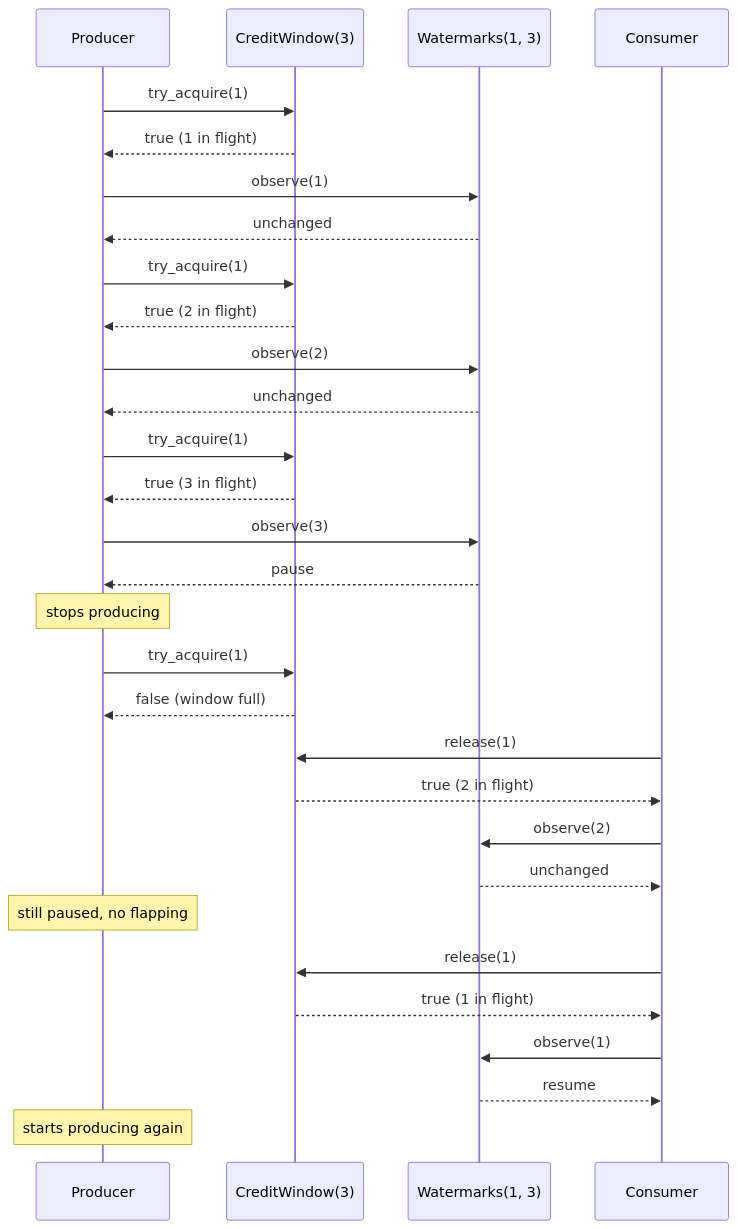
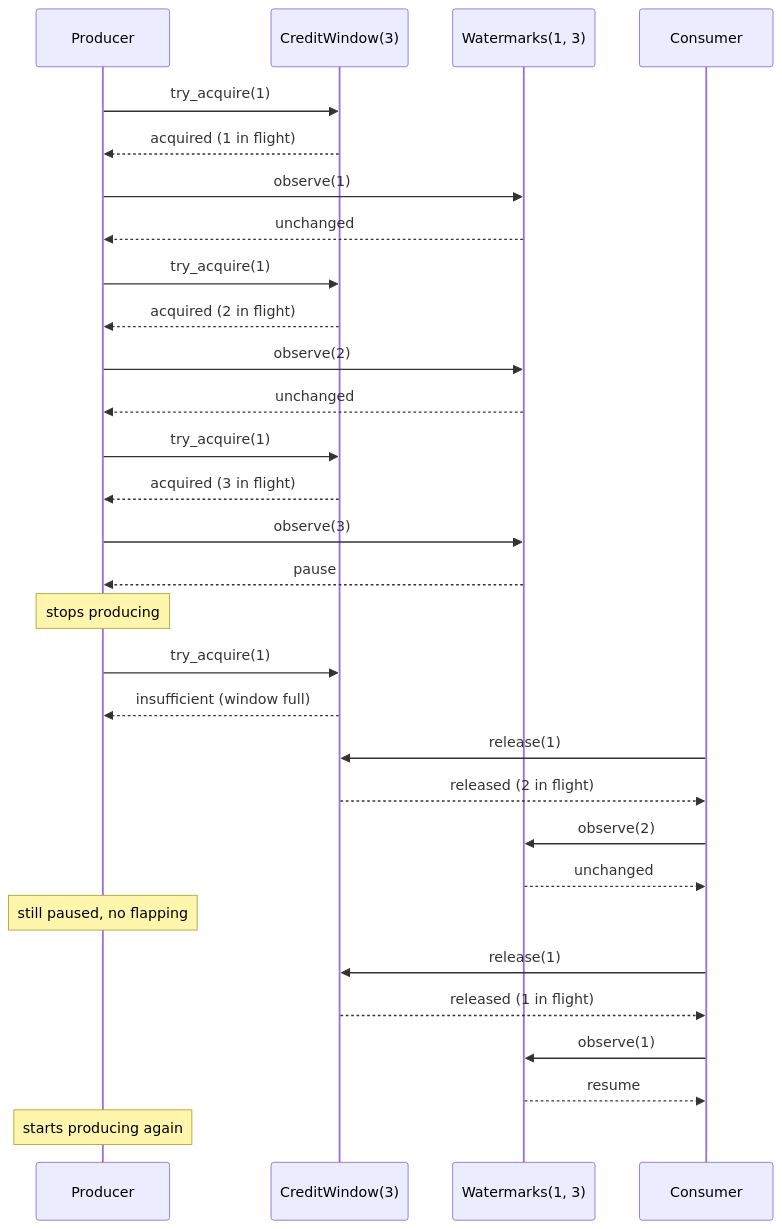
The second of 2 diagrams in README.md (seuros/flow_machines), drawn with Mermaid before and after one commit. The commit also changed other lines of this file and 15 other files, not shown here.

````diff
--- a/README.md
+++ b/README.md
@@ -80,38 +80,38 @@
 ```mermaid
 sequenceDiagram
     participant P as Producer
     participant W as CreditWindow(3)
     participant M as Watermarks(1, 3)
     participant C as Consumer
 
     P->>W: try_acquire(1)
-    W-->>P: true (1 in flight)
+    W-->>P: acquired (1 in flight)
     P->>M: observe(1)
     M-->>P: unchanged
 
     P->>W: try_acquire(1)
-    W-->>P: true (2 in flight)
+    W-->>P: acquired (2 in flight)
     P->>M: observe(2)
     M-->>P: unchanged
 
     P->>W: try_acquire(1)
-    W-->>P: true (3 in flight)
+    W-->>P: acquired (3 in flight)
     P->>M: observe(3)
     M-->>P: pause
     Note over P: stops producing
 
     P->>W: try_acquire(1)
-    W-->>P: false (window full)
+    W-->>P: insufficient (window full)
 
     C->>W: release(1)
-    W-->>C: true (2 in flight)
+    W-->>C: released (2 in flight)
     C->>M: observe(2)
     M-->>C: unchanged
     Note over P: still paused, no flapping
 
     C->>W: release(1)
-    W-->>C: true (1 in flight)
+    W-->>C: released (1 in flight)
     C->>M: observe(1)
     M-->>C: resume
     Note over P: starts producing again
 ```
````
